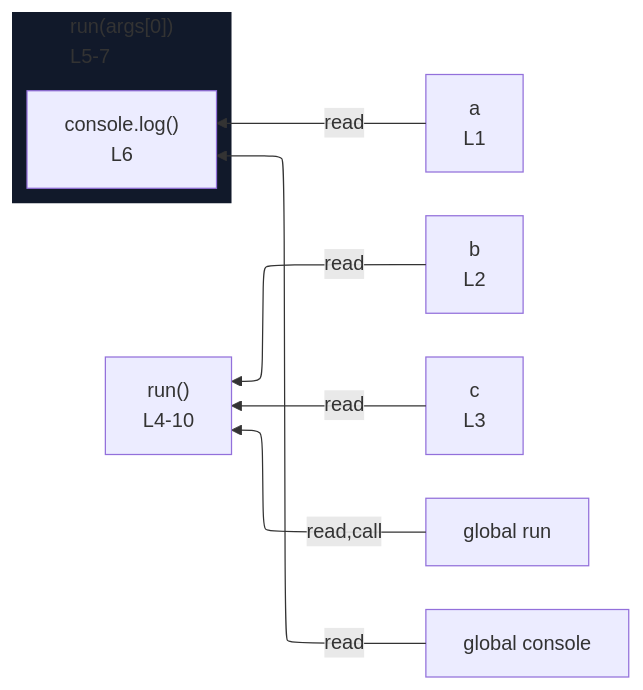
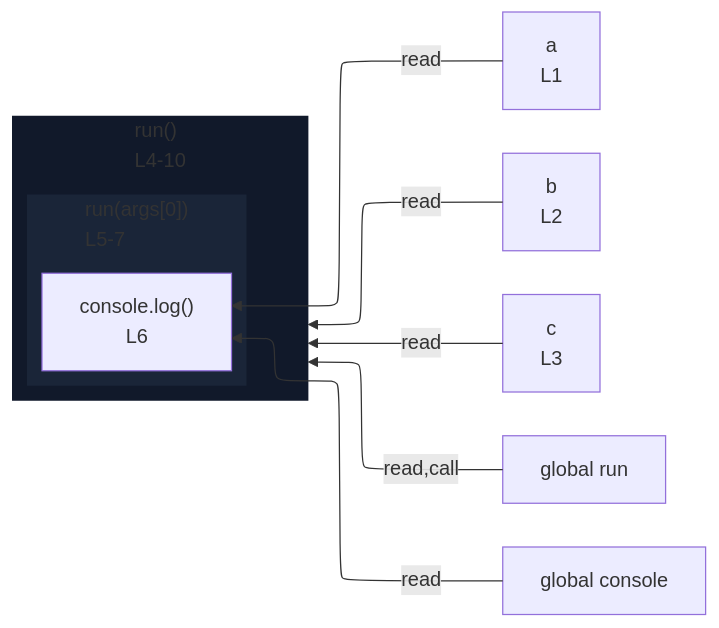
The diagram in integration/fixtures/expression-statement/call-with-callback-and-bindings/preview.md (crescware/unsnarl), drawn with Mermaid before and after one commit. The commit also changed 39 other files, not shown here.

````diff
--- a/integration/fixtures/expression-statement/call-with-callback-and-bindings/preview.md
+++ b/integration/fixtures/expression-statement/call-with-callback-and-bindings/preview.md
@@ -20,21 +20,25 @@
 ```mermaid
 %%{init: {"flowchart": {"defaultRenderer": "elk"}}}%%
 flowchart RL
   n_scope_0_a_6["a<br/>L1"]
   n_scope_0_b_19["b<br/>L2"]
   n_scope_0_c_32["c<br/>L3"]
   n_scope_0_run_39["global run"]
   n_scope_0_console_58["global console"]
-  subgraph s_scope_1["run(args[0])<br/>L5-7"]
+  subgraph expr_stmt_39["run()<br/>L4-10"]
     direction RL
-    expr_stmt_58["console.log()<br/>L6"]
+    subgraph s_scope_1["run(args[0])<br/>L5-7"]
+      direction RL
+      expr_stmt_58["console.log()<br/>L6"]
+    end
   end
   n_scope_0_run_39 -->|read,call| expr_stmt_39
   n_scope_0_console_58 -->|read| expr_stmt_58
   n_scope_0_a_6 -->|read| expr_stmt_58
   n_scope_0_b_19 -->|read| expr_stmt_39
   n_scope_0_c_32 -->|read| expr_stmt_39
-  expr_stmt_39["run()<br/>L4-10"]
   classDef nestL1 fill:#11192a,stroke:transparent;
-  class s_scope_1 nestL1;
+  class expr_stmt_39 nestL1;
+  classDef nestL2 fill:#1a2538,stroke:transparent;
+  class s_scope_1 nestL2;
 ```
````
